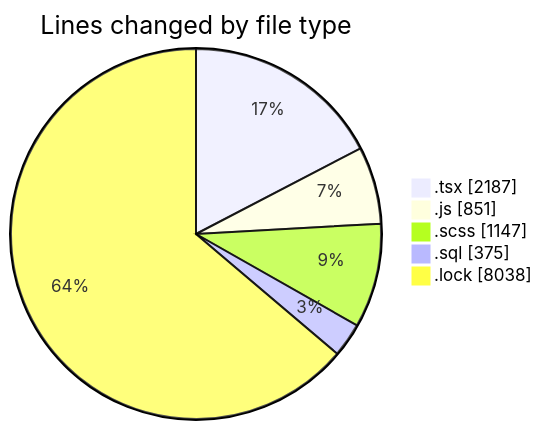
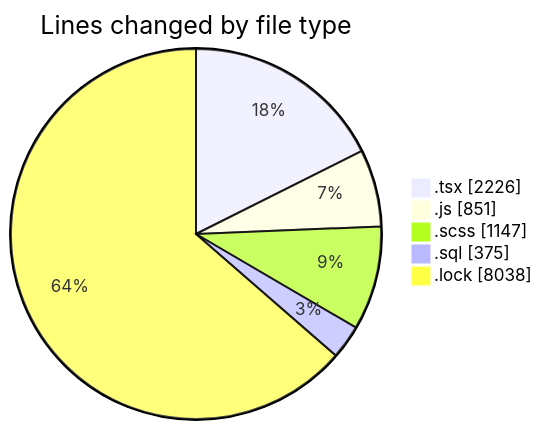
One commit to momahboobian/code-tracking changed the first of 2 diagrams in 2025-03-18/cda/README.md. Above: the diagram before and after it, drawn with Mermaid. The commit also changed other lines of this file and 1 other file, not shown here.

````diff
--- a/2025-03-18/cda/README.md
+++ b/2025-03-18/cda/README.md
@@ -34,9 +34,9 @@
 ```mermaid
 pie showData
 title Lines changed by file type
-".tsx" : 2187
+".tsx" : 2226
 ".js" : 851
 ".scss" : 1147
 ".sql" : 375
 ".lock" : 8038
 ```
````
